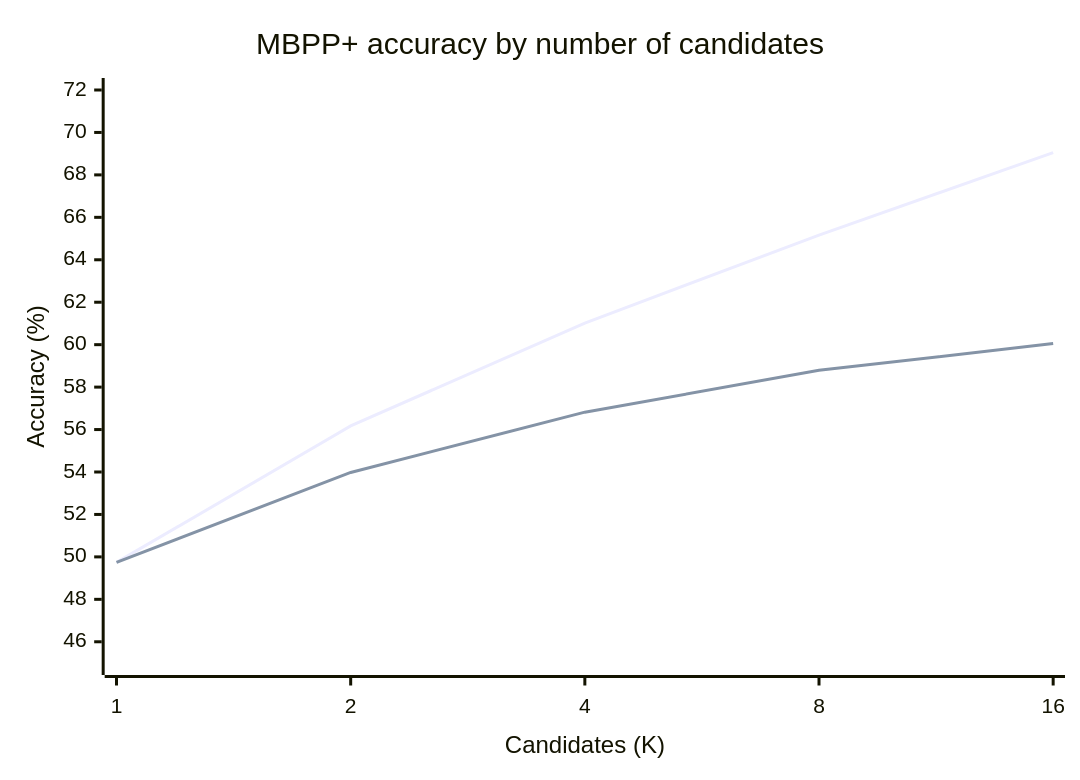
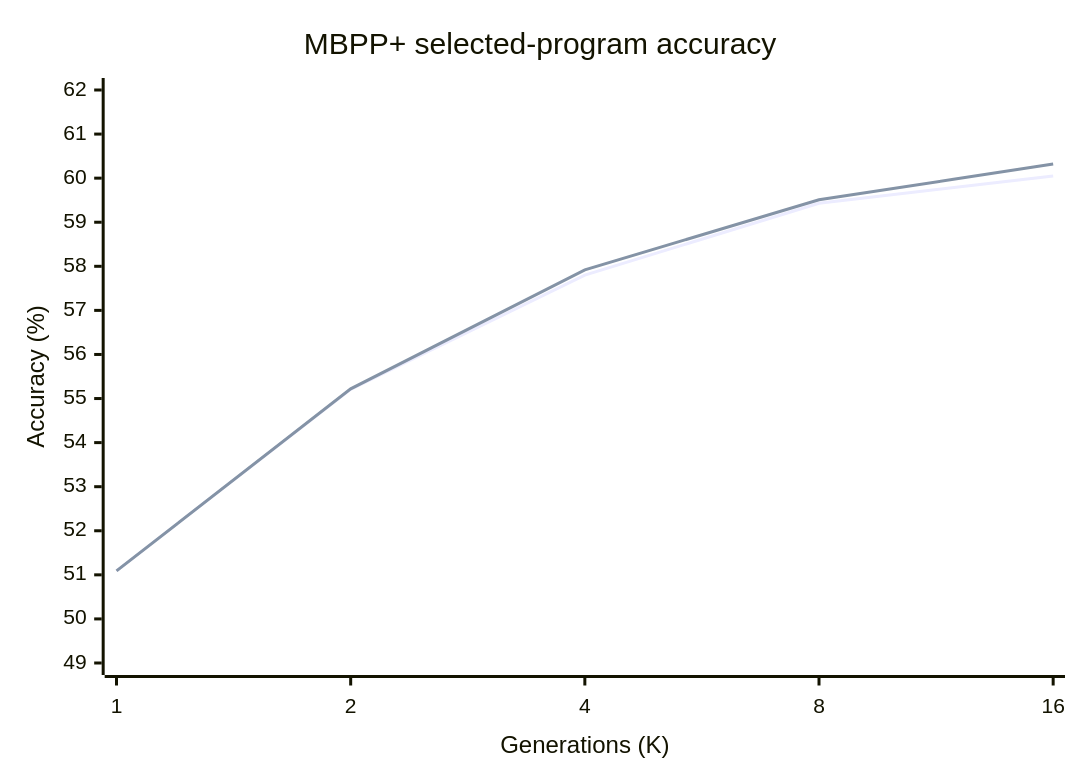
Before and after one commit to kunal-sinha-coding/personal-website: the second of 2 diagrams in blog/teaching_absurdly_tiny_llms_to_code.md, drawn with Mermaid. The commit also changed other lines of this file and 1 other file, not shown here.

Commit message:
Restructure result tables around selected accuracy

````diff
--- a/blog/teaching_absurdly_tiny_llms_to_code.md
+++ b/blog/teaching_absurdly_tiny_llms_to_code.md
@@ -192,8 +208,8 @@
 ```mermaid
 xychart-beta
-    title "MBPP+ accuracy by number of candidates"
-    x-axis "Candidates (K)" [1, 2, 4, 8, 16]
-    y-axis "Accuracy (%)" 45 --> 72
-    line "Raw sampling" [49.74, 56.17, 61.02, 65.16, 69.05]
-    line "Execution plus joint clustering" [49.74, 53.98, 56.82, 58.79, 60.05]
+    title "MBPP+ selected-program accuracy"
+    x-axis "Generations (K)" [1, 2, 4, 8, 16]
+    y-axis "Accuracy (%)" 49 --> 62
+    line "Execution verifier" [51.09, 55.21, 57.80, 59.43, 60.05]
+    line "Execution verifier plus clustering" [51.09, 55.22, 57.92, 59.51, 60.32]
 ```
````
